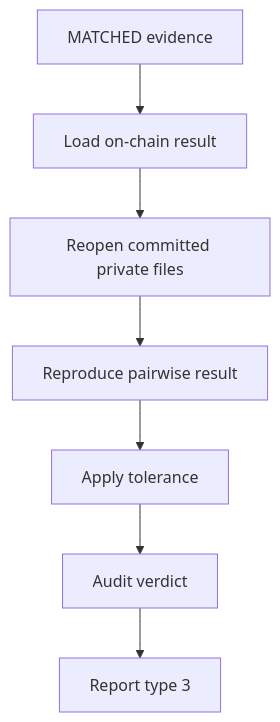
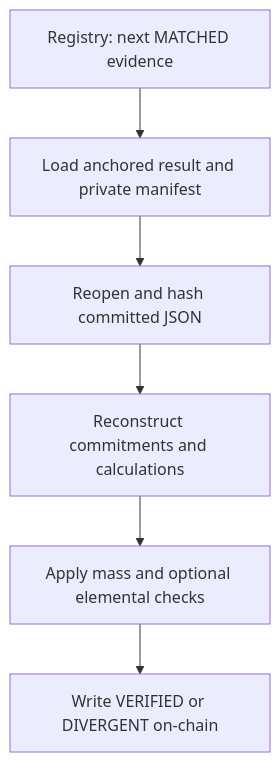
Before and after one commit to armanfm/ExplorerChem: the diagram in auditor-workflow/README.md, drawn with Mermaid. The commit also changed other lines of this file, not shown here.

````diff
--- a/auditor-workflow/README.md
+++ b/auditor-workflow/README.md
@@ -25,9 +57,8 @@
 ```mermaid
 flowchart TD
-    A["MATCHED evidence"] --> B["Load on-chain result"]
-    B --> C["Reopen committed private files"]
-    C --> D["Reproduce pairwise result"]
-    D --> E["Apply tolerance"]
-    E --> F["Audit verdict"]
-    F --> G["Report type 3"]
+    A["Registry: next MATCHED evidence"] --> B["Load anchored result and private manifest"]
+    B --> C["Reopen and hash committed JSON"]
+    C --> D["Reconstruct commitments and calculations"]
+    D --> E["Apply mass and optional elemental checks"]
+    E --> F["Write VERIFIED or DIVERGENT on-chain"]
 ```
````
